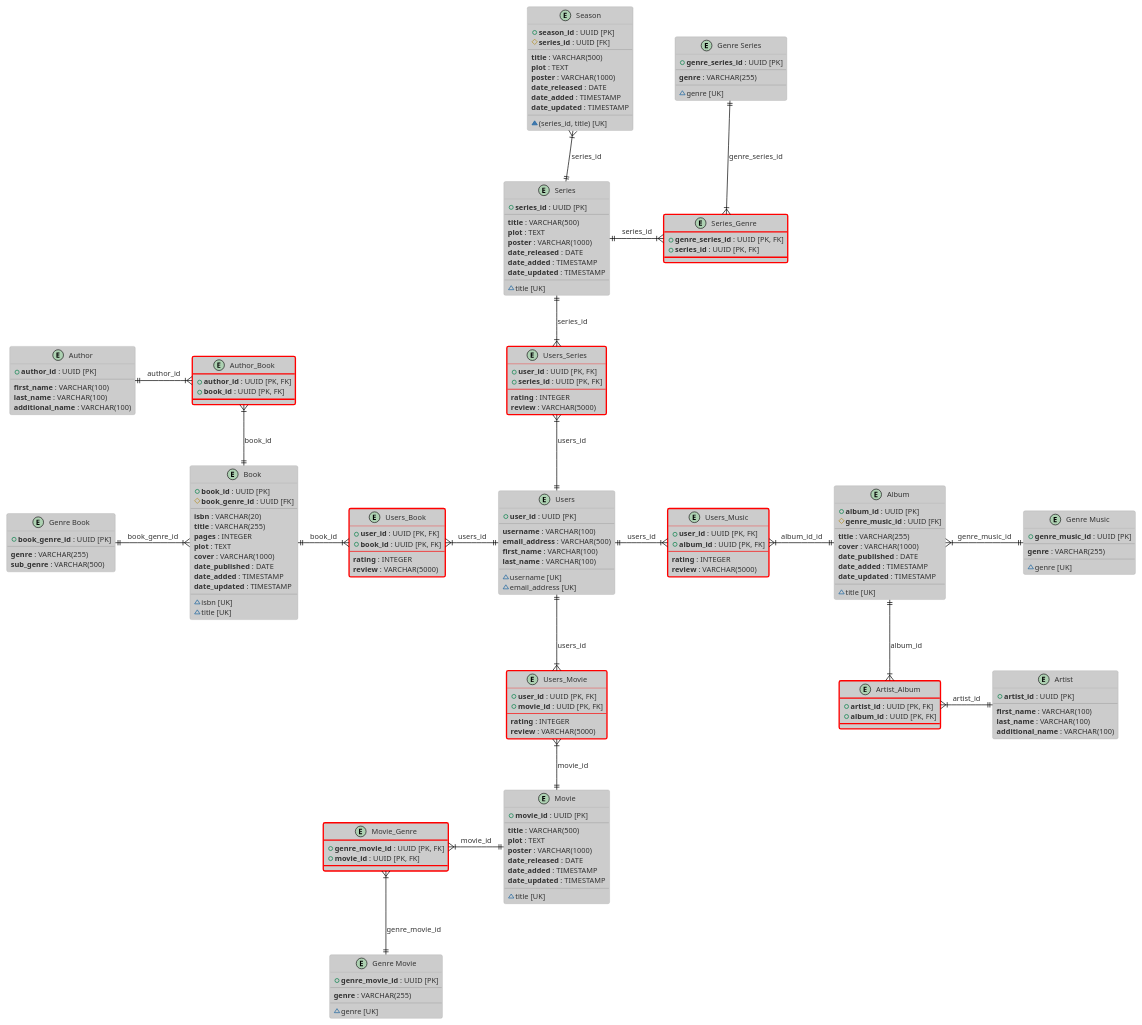
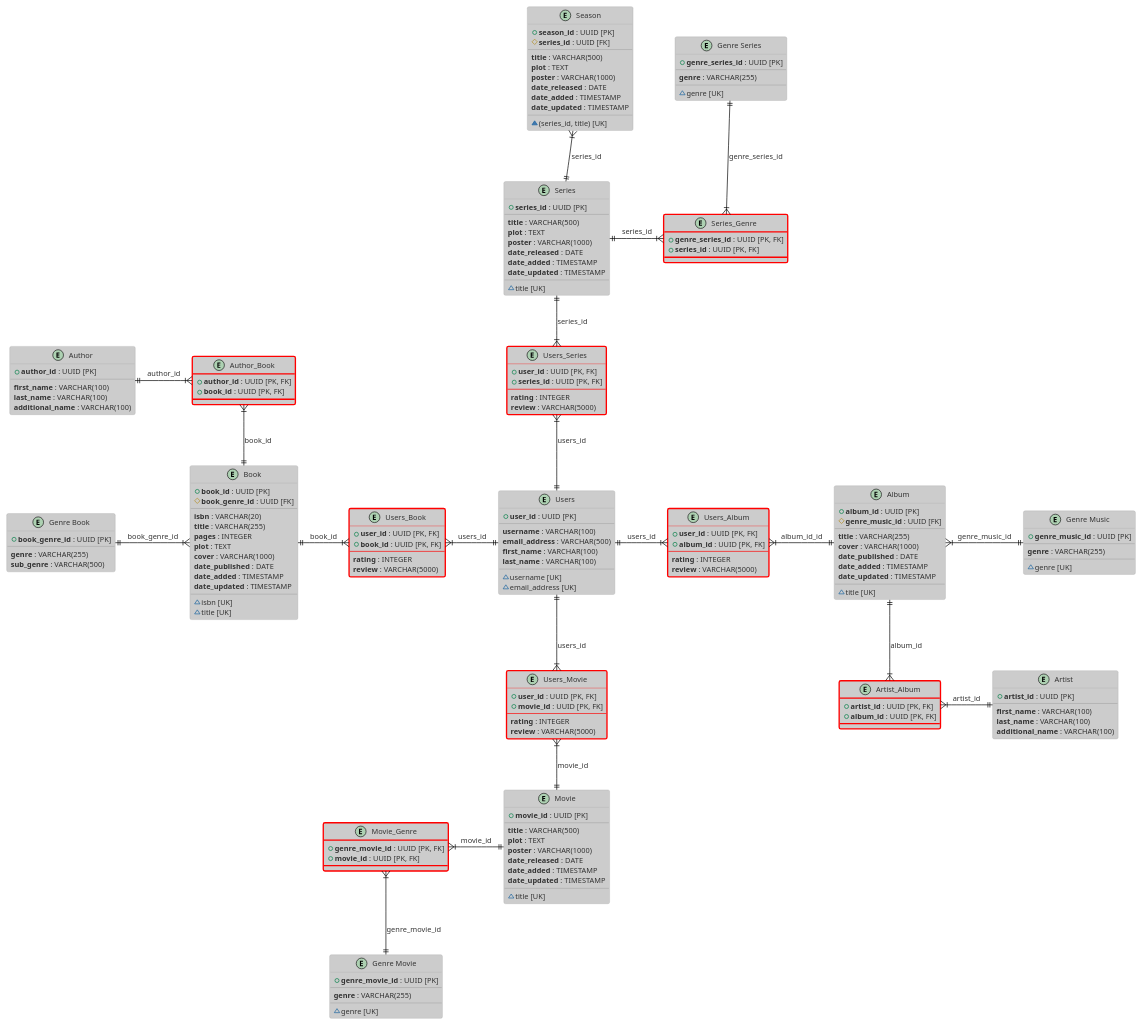
Before and after one commit to walthersmulders/canyonlands-spring-api: the diagram in docs/architecture/database.puml, drawn with PlantUML. The commit also changed 1 other file, not shown here.

Commit message:
refactor (music): users_music schema updated to users_album

```diff
--- a/docs/architecture/database.puml
+++ b/docs/architecture/database.puml
@@ -151,7 +151,7 @@
   ~email_address [UK]
 }
 
-entity "Users_Music" as users_music #line:red;line.bold; {
+entity "Users_Album" as users_album #line:red;line.bold; {
   + **user_id** : UUID [PK, FK]
   + **album_id** : UUID [PK, FK]
   ---
@@ -196,8 +196,8 @@
 users_book -r[hidden]-> users
 users_book }|--|| users : users_id
 
-users_music -l[hidden]-> users
-users_music }|--|| users : users_id
+users_album -l[hidden]-> users
+users_album }|--|| users : users_id
 
 movie -l[hidden]-> movie_genre
 movie_genre }|--|| movie : movie_id
@@ -223,8 +223,8 @@
 users_movie -d[hidden]-> movie
 users_movie }|--|| movie : movie_id
 
-users_music -r[hidden]-> album
-users_music }|--|| album : album_id_id
+users_album -r[hidden]-> album
+users_album }|--|| album : album_id_id
 
 album -d[hidden]-> artist_album
 album ||--|{ artist_album : album_id
```
